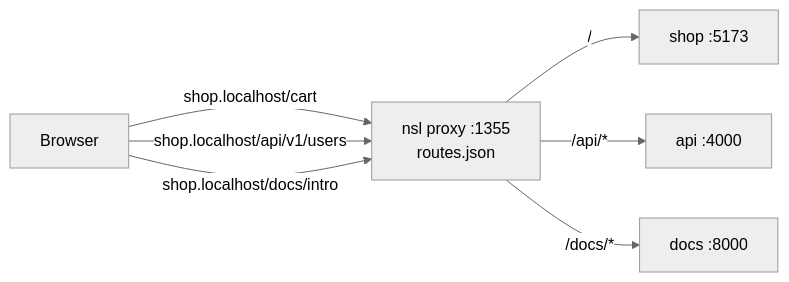
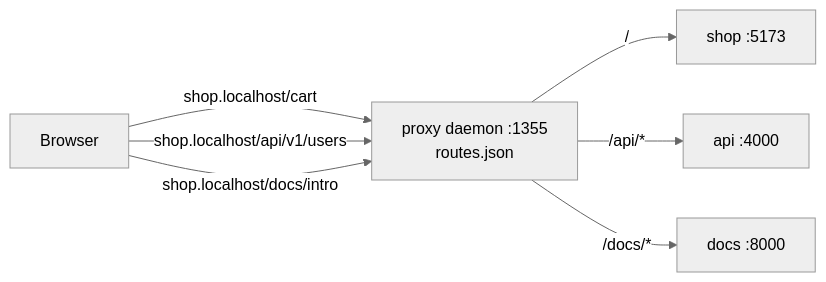
One commit to nsiod/nsl changed the diagram in README.md. Above: the diagram before and after it, drawn with Mermaid (neutral theme). The commit also changed other lines of this file and 29 other files, not shown here.

````diff
--- a/README.md
+++ b/README.md
@@ -110,15 +140,15 @@
 ```mermaid
 flowchart LR
     B["Browser"]
-    P["nsl proxy :1355<br/>routes.json"]
+    P["proxy daemon :1355<br/>routes.json"]
     A1["shop :5173"]
     A2["api :4000"]
     A3["docs :8000"]
 
     B -- "shop.localhost/cart" --> P
     B -- "shop.localhost/api/v1/users" --> P
     B -- "shop.localhost/docs/intro" --> P
     P -- "/" --> A1
     P -- "/api/*" --> A2
     P -- "/docs/*" --> A3
 ```
````
